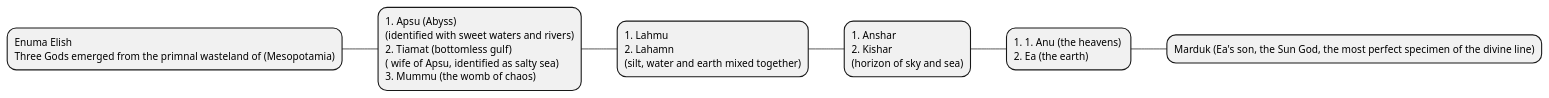
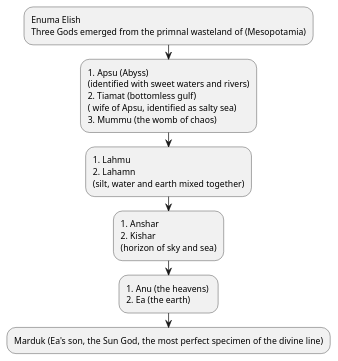
The first of 3 diagrams in modules/a_history_of_god/pages/index.adoc (pccofvns/compendium), drawn with PlantUML before and after one commit. The commit also changed other lines of this file and 5 other files, not shown here.

```diff
--- a/modules/a_history_of_god/pages/index.adoc
+++ b/modules/a_history_of_god/pages/index.adoc
@@ -43,11 +48,11 @@
 [plantuml, enuma_elish, svg]
 ....
-@startmindmap
-* Enuma Elish\nThree Gods emerged from the primnal wasteland of (Mesopotamia)
-** 1. Apsu (Abyss) \n(identified with sweet waters and rivers)\n2. Tiamat (bottomless gulf) \n( wife of Apsu, identified as salty sea)\n3. Mummu (the womb of chaos)
-*** 1. Lahmu \n2. Lahamn \n(silt, water and earth mixed together)
-**** 1. Anshar \n2. Kishar \n(horizon of sky and sea)
-***** 1. 1. Anu (the heavens) \n2. Ea (the earth)
-****** Marduk (Ea's son, the Sun God, the most perfect specimen of the divine line)
-@endmindmap
+@startuml
+:Enuma Elish\nThree Gods emerged from the primnal wasteland of (Mesopotamia);
+:1. Apsu (Abyss) \n(identified with sweet waters and rivers)\n2. Tiamat (bottomless gulf) \n( wife of Apsu, identified as salty sea)\n3. Mummu (the womb of chaos);
+:1. Lahmu \n2. Lahamn \n(silt, water and earth mixed together);
+:1. Anshar \n2. Kishar \n(horizon of sky and sea);
+:1. Anu (the heavens) \n2. Ea (the earth);
+:Marduk (Ea's son, the Sun God, the most perfect specimen of the divine line);
+@enduml
 ....
```
